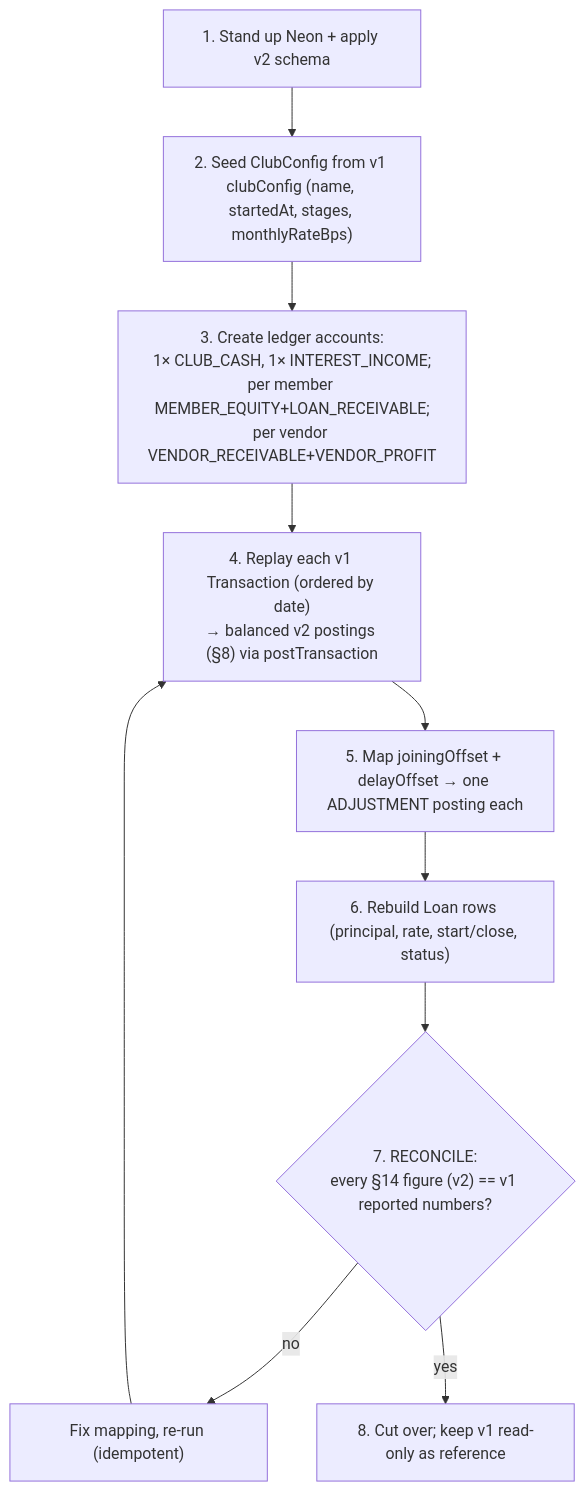
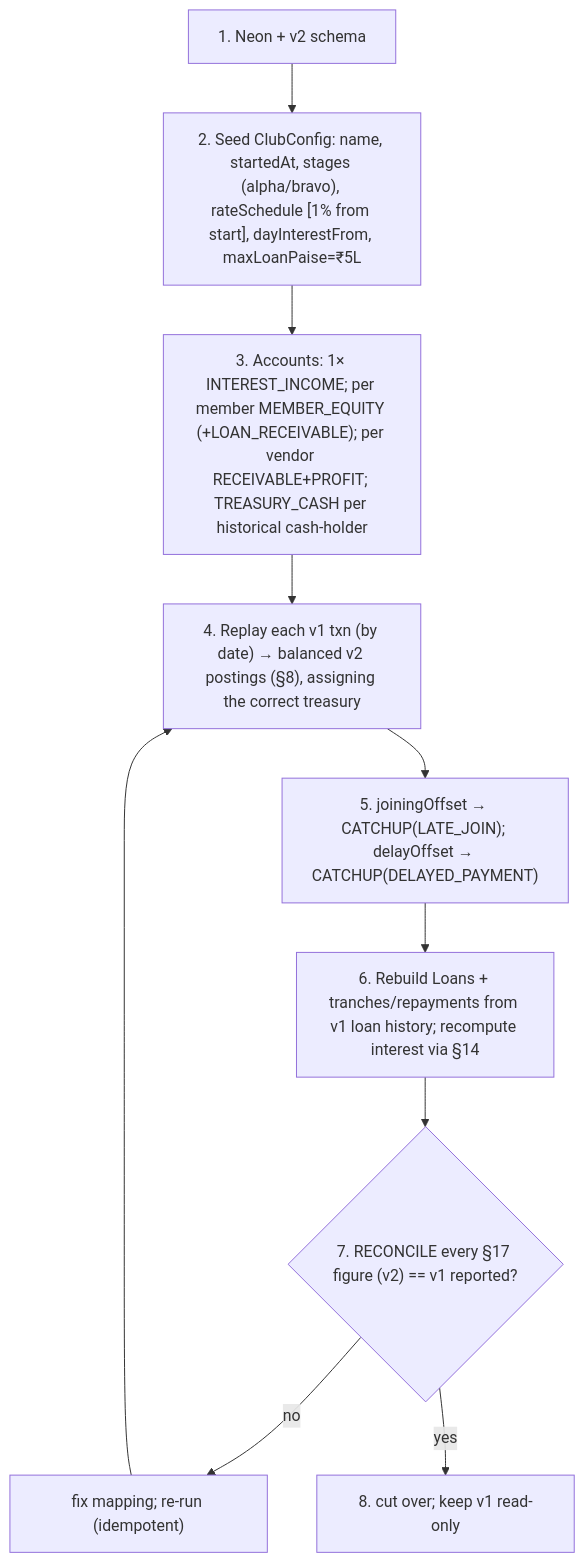
Before and after one commit to iam-hussain/peacock: the seventh of 7 diagrams in docs/IMPLEMENTATION_PLAN.md, drawn with Mermaid. The commit also changed other lines of this file, not shown here.

````diff
--- a/docs/IMPLEMENTATION_PLAN.md
+++ b/docs/IMPLEMENTATION_PLAN.md
@@ -1112,12 +1048,11 @@
 ```mermaid
 flowchart TD
-  S1["1. Stand up Neon + apply v2 schema"] --> S2["2. Seed ClubConfig from v1 clubConfig (name, startedAt, stages, monthlyRateBps)"]
-  S2 --> S3["3. Create ledger accounts:<br/>1× CLUB_CASH, 1× INTEREST_INCOME;<br/>per member MEMBER_EQUITY+LOAN_RECEIVABLE;<br/>per vendor VENDOR_RECEIVABLE+VENDOR_PROFIT"]
-  S3 --> S4["4. Replay each v1 Transaction (ordered by date)<br/>→ balanced v2 postings (§8) via postTransaction"]
-  S4 --> S5["5. Map joiningOffset + delayOffset → one ADJUSTMENT posting each"]
-  S5 --> S6["6. Rebuild Loan rows (principal, rate, start/close, status)"]
-  S6 --> S7{"7. RECONCILE:<br/>every §14 figure (v2) == v1 reported numbers?"}
-  S7 -->|no| S8["Fix mapping, re-run (idempotent)"]
-  S8 --> S4
-  S7 -->|yes| S9["8. Cut over; keep v1 read-only as reference"]
+  S1["1. Neon + v2 schema"] --> S2["2. Seed ClubConfig: name, startedAt, stages (alpha/bravo), rateSchedule [1% from start], dayInterestFrom, maxLoanPaise=₹5L"]
+  S2 --> S3["3. Accounts: 1× INTEREST_INCOME; per member MEMBER_EQUITY (+LOAN_RECEIVABLE); per vendor RECEIVABLE+PROFIT; TREASURY_CASH per historical cash-holder"]
+  S3 --> S4["4. Replay each v1 txn (by date) → balanced v2 postings (§8), assigning the correct treasury"]
+  S4 --> S5["5. joiningOffset → CATCHUP(LATE_JOIN); delayOffset → CATCHUP(DELAYED_PAYMENT)"]
+  S5 --> S6["6. Rebuild Loans + tranches/repayments from v1 loan history; recompute interest via §14"]
+  S6 --> S7{"7. RECONCILE every §17 figure (v2) == v1 reported?"}
+  S7 -->|no| S8["fix mapping; re-run (idempotent)"] --> S4
+  S7 -->|yes| S9["8. cut over; keep v1 read-only"]
 ```
````
